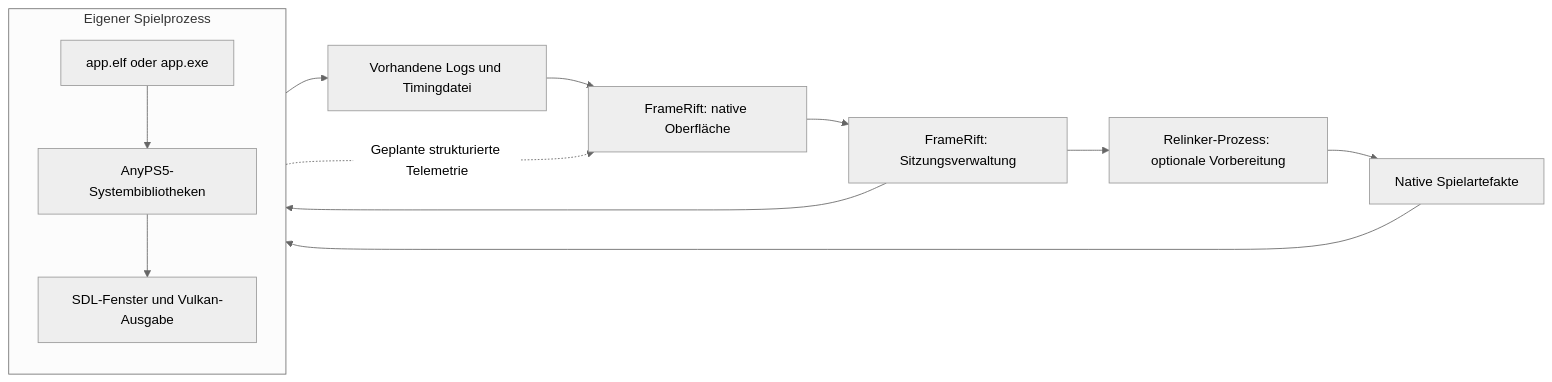
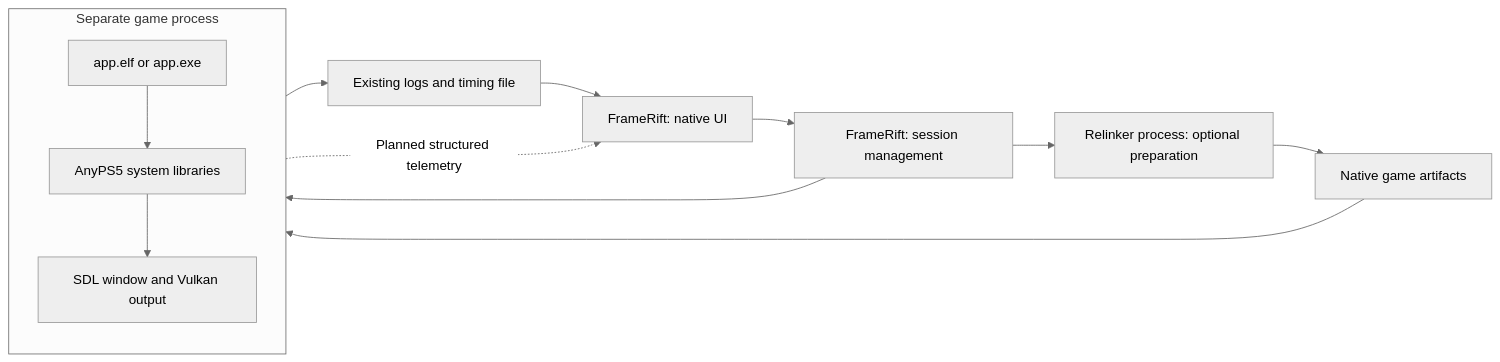
One commit to MichalSy/FrameRift changed the diagram in docs/anyps5-integration.md. Above: the diagram before and after it, drawn with Mermaid (neutral theme). The commit also changed other lines of this file and 26 other files, not shown here.

````diff
--- a/docs/anyps5-integration.md
+++ b/docs/anyps5-integration.md
@@ -25,15 +32,15 @@
 ```mermaid
 flowchart LR
-    ui["FrameRift: native Oberfläche"] --> session["FrameRift: Sitzungsverwaltung"]
-    session --> relink["Relinker-Prozess: optionale Vorbereitung"]
-    relink --> output["Native Spielartefakte"]
+    ui["FrameRift: native UI"] --> session["FrameRift: session management"]
+    session --> relink["Relinker process: optional preparation"]
+    relink --> output["Native game artifacts"]
     session --> game
     output --> game
-    subgraph game["Eigener Spielprozess"]
-        executable["app.elf oder app.exe"] --> prx["AnyPS5-Systembibliotheken"]
-        prx --> sdl["SDL-Fenster und Vulkan-Ausgabe"]
+    subgraph game["Separate game process"]
+        executable["app.elf or app.exe"] --> prx["AnyPS5 system libraries"]
+        prx --> sdl["SDL window and Vulkan output"]
     end
-    game --> logs["Vorhandene Logs und Timingdatei"]
+    game --> logs["Existing logs and timing file"]
     logs --> ui
-    game -. "Geplante strukturierte Telemetrie" .-> ui
+    game -. "Planned structured telemetry" .-> ui
 ```
````
